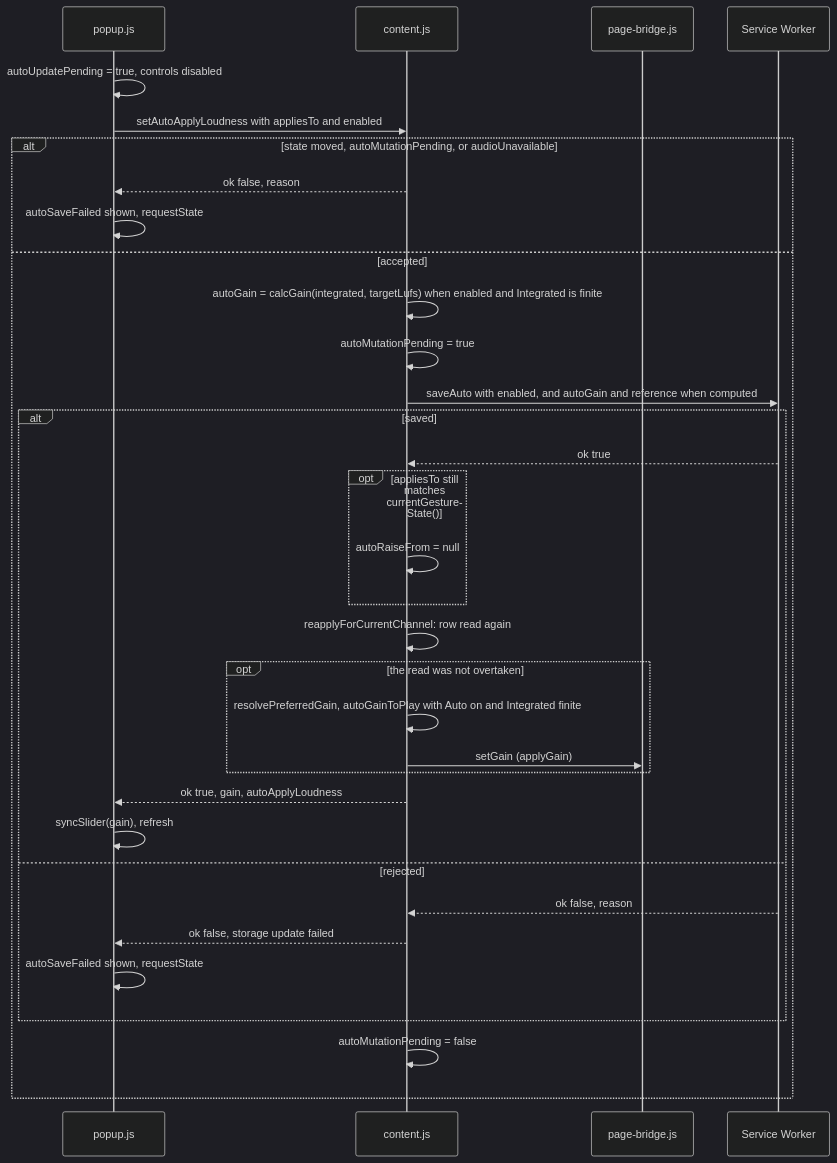
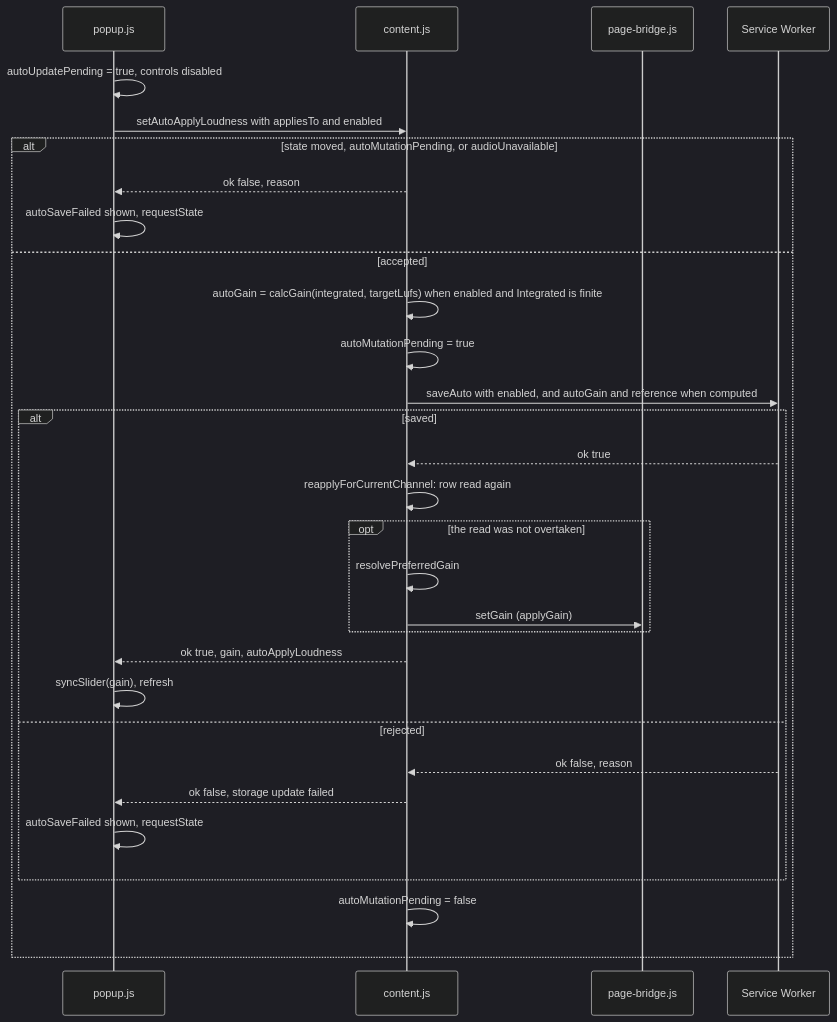
One commit to semnil/twitch-channel-volume changed the seventh of 17 diagrams in docs/gain-change-and-save.md. Above: the diagram before and after it, drawn with Mermaid (dark theme). The commit also changed other lines of this file and 4 other files, not shown here.

Commit message:
docs: describe Auto as playing the gain the Integrated value asks for

````diff
--- a/docs/gain-change-and-save.md
+++ b/docs/gain-change-and-save.md
@@ -328,35 +328,32 @@
 ```mermaid
 sequenceDiagram
   participant popup as popup.js
   participant content as content.js
   participant bridge as page-bridge.js
   participant sw as Service Worker
   popup->>popup: autoUpdatePending = true, controls disabled
   popup->>content: setAutoApplyLoudness with appliesTo and enabled
   alt state moved, autoMutationPending, or audioUnavailable
     content-->>popup: ok false, reason
     popup->>popup: autoSaveFailed shown, requestState
   else accepted
     content->>content: autoGain = calcGain(integrated, targetLufs) when enabled and Integrated is finite
     content->>content: autoMutationPending = true
     content->>sw: saveAuto with enabled, and autoGain and reference when computed
     alt saved
       sw-->>content: ok true
-      opt appliesTo still matches currentGestureState()
-        content->>content: autoRaiseFrom = null
-      end
       content->>content: reapplyForCurrentChannel: row read again
       opt the read was not overtaken
-        content->>content: resolvePreferredGain, autoGainToPlay with Auto on and Integrated finite
+        content->>content: resolvePreferredGain
         content->>bridge: setGain (applyGain)
       end
       content-->>popup: ok true, gain, autoApplyLoudness
       popup->>popup: syncSlider(gain), refresh
     else rejected
       sw-->>content: ok false, reason
       content-->>popup: ok false, storage update failed
       popup->>popup: autoSaveFailed shown, requestState
     end
     content->>content: autoMutationPending = false
   end
 ```
````
